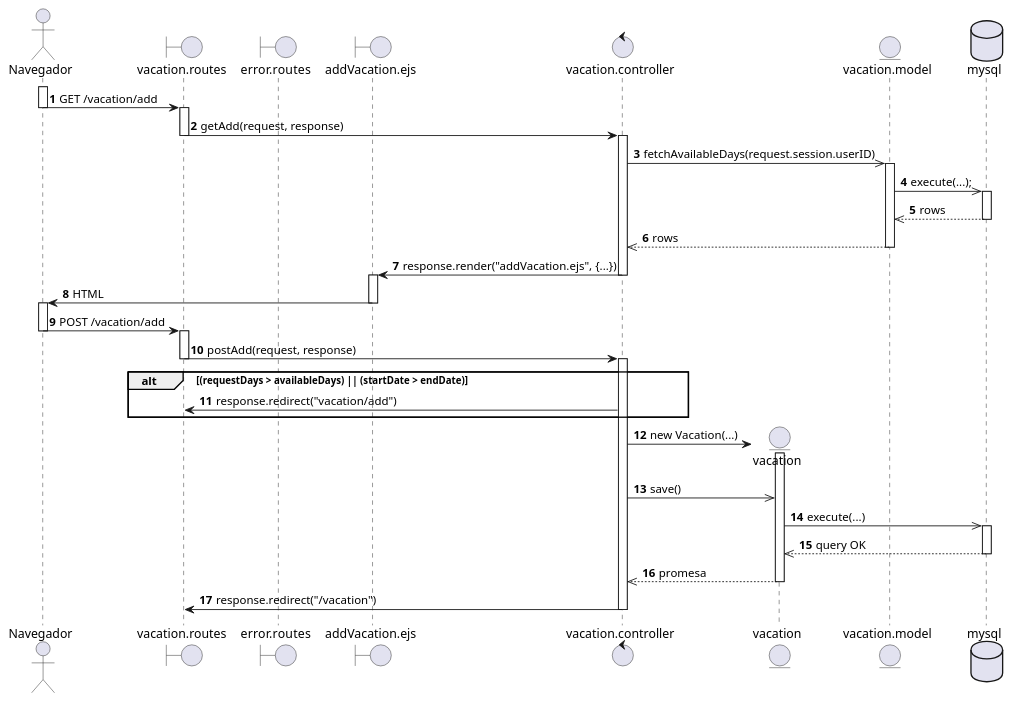
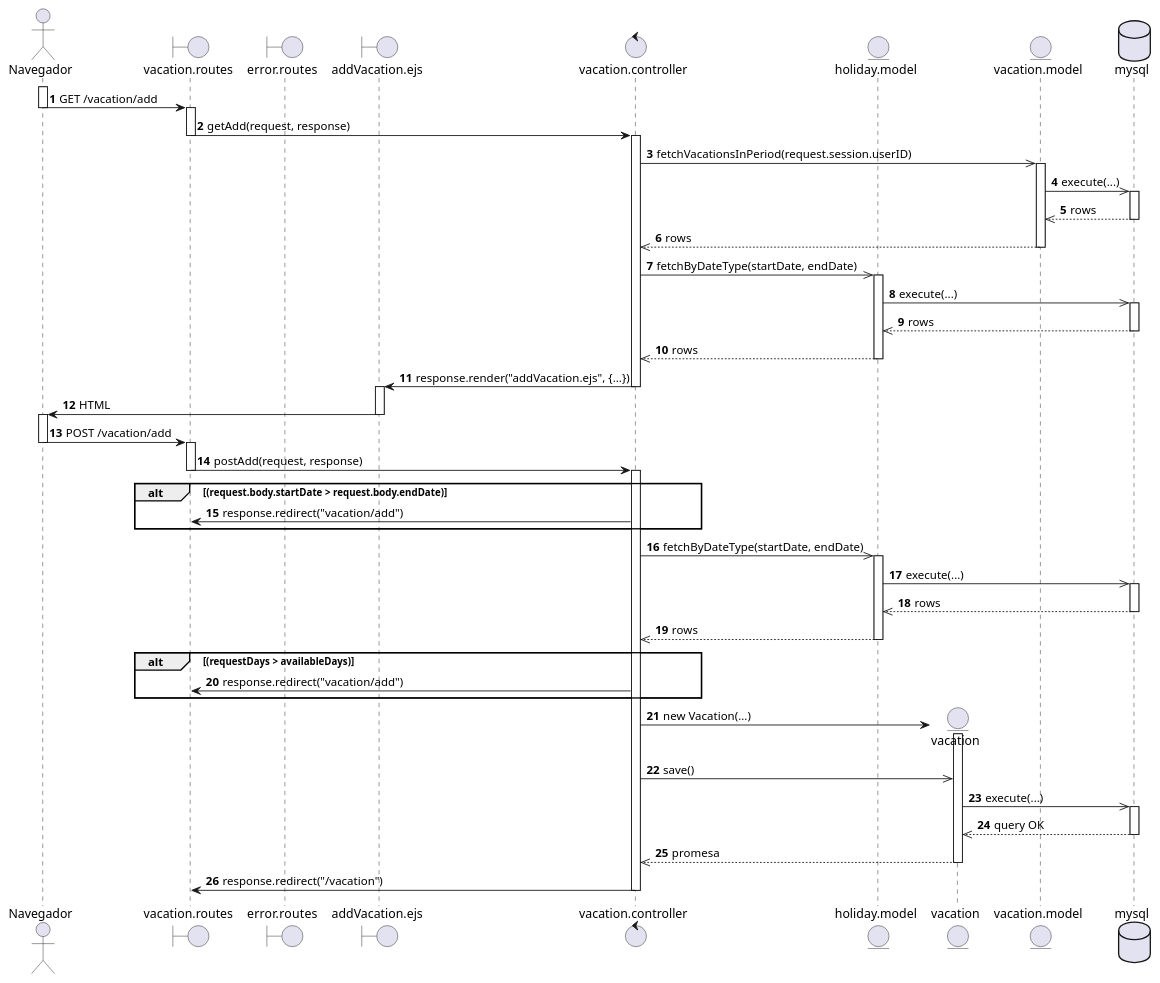
The diagram in diagrams/Casos de Uso/mundo req fun/Diagramas secuencia/CU13.puml (EdCanCe/WorkCells), drawn with PlantUML before and after one commit. The commit also changed 11 other files, not shown here.

```diff
--- a/diagrams/Casos de Uso/mundo req fun/Diagramas secuencia/CU13.puml
+++ b/diagrams/Casos de Uso/mundo req fun/Diagramas secuencia/CU13.puml
@@ -1,70 +1,93 @@
 @startuml
 actor Navegador
 boundary "vacation.routes" as Routes
 boundary "error.routes" as Error
 boundary "addVacation.ejs" as Ejs
 control "vacation.controller" as Controller
+entity "holiday.model" as Holiday
 entity "vacation" as Model1
 entity "vacation.model" as Model
 database "mysql" as MySQL
 
 autonumber
 
 activate Navegador
 Navegador -> Routes : GET /vacation/add
 deactivate Navegador
 
 activate Routes
 Routes -> Controller : getAdd(request, response)
 deactivate Routes
 
 activate Controller
 
-Controller ->> Model : fetchAvailableDays(request.session.userID)
+Controller ->> Model : fetchVacationsInPeriod(request.session.userID)
 activate Model
-    Model ->> MySQL : execute(...);
+    Model ->> MySQL : execute(...)
     activate MySQL
         MySQL -->> Model : rows
     deactivate MySQL
     Model -->> Controller : rows
 deactivate Model
+
+Controller ->> Holiday: fetchByDateType(startDate, endDate)
+activate Holiday
+Holiday ->> MySQL: execute(...)
+activate MySQL
+MySQL -->> Holiday: rows
+deactivate MySQL
+Holiday -->> Controller: rows
+deactivate Holiday
 
 Controller -> Ejs : response.render("addVacation.ejs", {...})
 deactivate Controller
 
 activate Ejs
 Ejs -> Navegador : HTML
 deactivate Ejs
 
 activate Navegador
 Navegador -> Routes : POST /vacation/add
 deactivate Navegador
 
 activate Routes
 Routes -> Controller : postAdd(request, response)
 deactivate Routes
 
 activate Controller
 
-alt (requestDays > availableDays) || (startDate > endDate)
+alt (request.body.startDate > request.body.endDate)
+    Controller -> Routes : response.redirect("vacation/add")
+end
+
+Controller ->> Holiday: fetchByDateType(startDate, endDate)
+activate Holiday
+Holiday ->> MySQL: execute(...)
+activate MySQL
+MySQL -->> Holiday: rows
+deactivate MySQL
+Holiday -->> Controller: rows
+deactivate Holiday
+
+alt (requestDays > availableDays)
     Controller -> Routes : response.redirect("vacation/add")
 end
 
 create Model1
 Controller -> Model1 : new Vacation(...)
 
 activate Model1
 Controller ->> Model1 : save()
 Model1 ->> MySQL : execute(...)
 
 activate MySQL
 MySQL -->> Model1 : query OK
 deactivate MySQL
 
 Model1 -->> Controller : promesa
 deactivate Model1
 
 Controller -> Routes : response.redirect("/vacation")
 deactivate Controller
 
 @enduml
```
